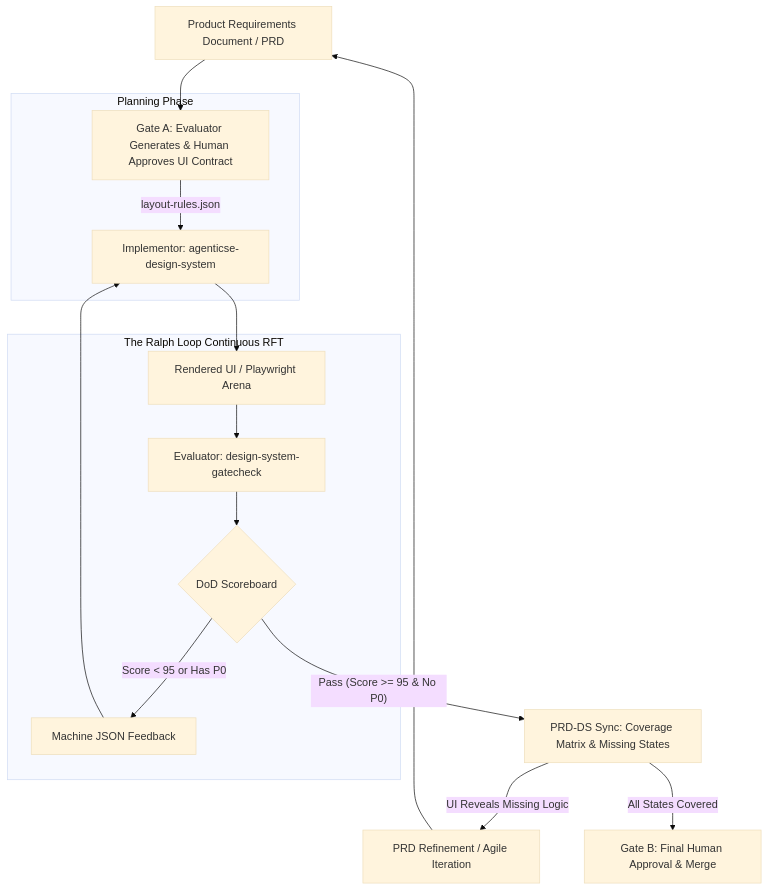
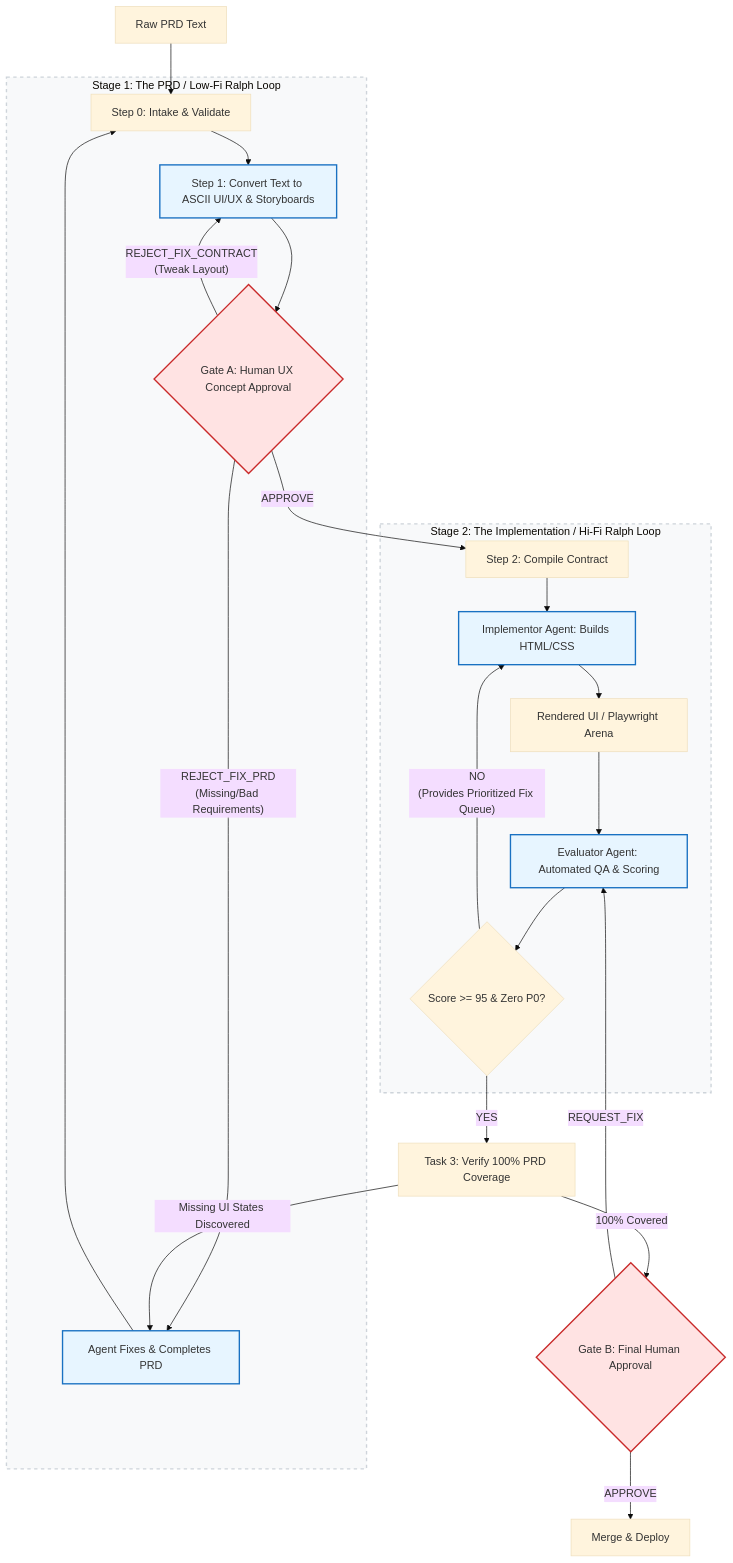
The diagram in docs/researches/spikes/spike-design-system-ralph-loop-agent.md (duyhunghd6/gmind), drawn with Mermaid (base theme) before and after one commit. The commit also changed other lines of this file, not shown here.

First line of the commit message:
docs(spikes): refine Design System Ralph Loop agent spike

````diff
--- a/docs/researches/spikes/spike-design-system-ralph-loop-agent.md
+++ b/docs/researches/spikes/spike-design-system-ralph-loop-agent.md
@@ -34,26 +178,38 @@
 ```mermaid
 graph TD
-    PRD[Product Requirements Document / PRD] --> GateA
+    classDef stage fill:#f8f9fa,stroke:#ced4da,stroke-width:2px,stroke-dasharray: 5 5;
+    classDef gate fill:#ffe3e3,stroke:#c92a2a,stroke-width:2px;
+    classDef agent fill:#e7f5ff,stroke:#1971c2,stroke-width:2px;
 
-    subgraph Planning Phase
-        GateA[Gate A: Evaluator Generates & Human Approves UI Contract]
-        GateA --> |layout-rules.json| Build
+    RawPRD[Raw PRD Text] --> G0[Step 0: Intake & Validate]
+    
+    subgraph Stage1 [Stage 1: The PRD / Low-Fi Ralph Loop]
+        G0 --> G1[Step 1: Convert Text to ASCII UI/UX & Storyboards]:::agent
+        G1 --> GateA{Gate A: Human UX Concept Approval}:::gate
+        
+        GateA -- "REJECT_FIX_CONTRACT\n(Tweak Layout)" --> G1
+        GateA -- "REJECT_FIX_PRD\n(Missing/Bad Requirements)" --> PRDWriter[Agent Fixes & Completes PRD]:::agent
+        PRDWriter --> G0
     end
+    
+    GateA -- "APPROVE" --> G2[Step 2: Compile Contract]
 
-    subgraph The Ralph Loop Continuous RFT
-        Build[Implementor: agenticse-design-system] --> UI[Rendered UI / Playwright Arena]
-        UI --> Audit[Evaluator: design-system-gatecheck]
-
-        Audit --> Score{DoD Scoreboard}
-
-        Score -- "Score < 95 or Has P0" --> Feedback[Machine JSON Feedback]
-        Feedback --> Build
+    subgraph Stage2 [Stage 2: The Implementation / Hi-Fi Ralph Loop]
+        G2 --> Build[Implementor Agent: Builds HTML/CSS]:::agent
+        Build --> UI[Rendered UI / Playwright Arena]
+        UI --> Eval[Evaluator Agent: Automated QA & Scoring]:::agent
+        Eval --> Score{Score >= 95 & Zero P0?}
+        
+        Score -- "NO\n(Provides Prioritized Fix Queue)" --> Build
     end
-
-    Score -- "Pass (Score >= 95 & No P0)" --> Sync[PRD-DS Sync: Coverage Matrix & Missing States]
-
-    Sync -- "UI Reveals Missing Logic" --> PRD_Update[PRD Refinement / Agile Iteration]
-    PRD_Update --> PRD
-
-    Sync -- "All States Covered" --> Merge[Gate B: Final Human Approval & Merge]
+    
+    Score -- "YES" --> AutoQA[Task 3: Verify 100% PRD Coverage]
+    
+    AutoQA -- "Missing UI States Discovered" --> PRDWriter
+    
+    AutoQA -- "100% Covered" --> GateB{Gate B: Final Human Approval}:::gate
+    GateB -- "REQUEST_FIX" --> Eval
+    GateB -- "APPROVE" --> Merge[Merge & Deploy]
+    
+    class Stage1,Stage2 stage;
 ```
````
